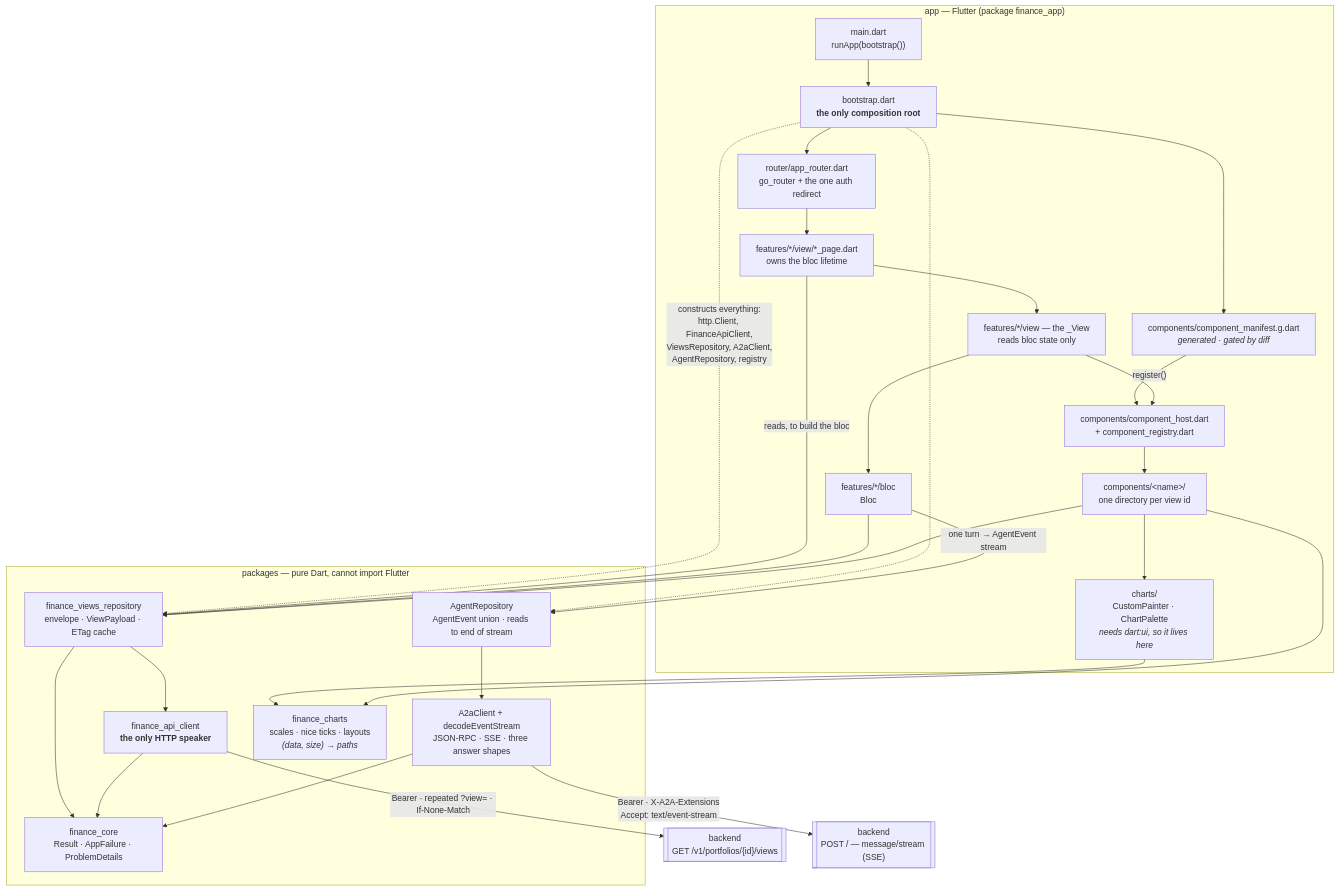
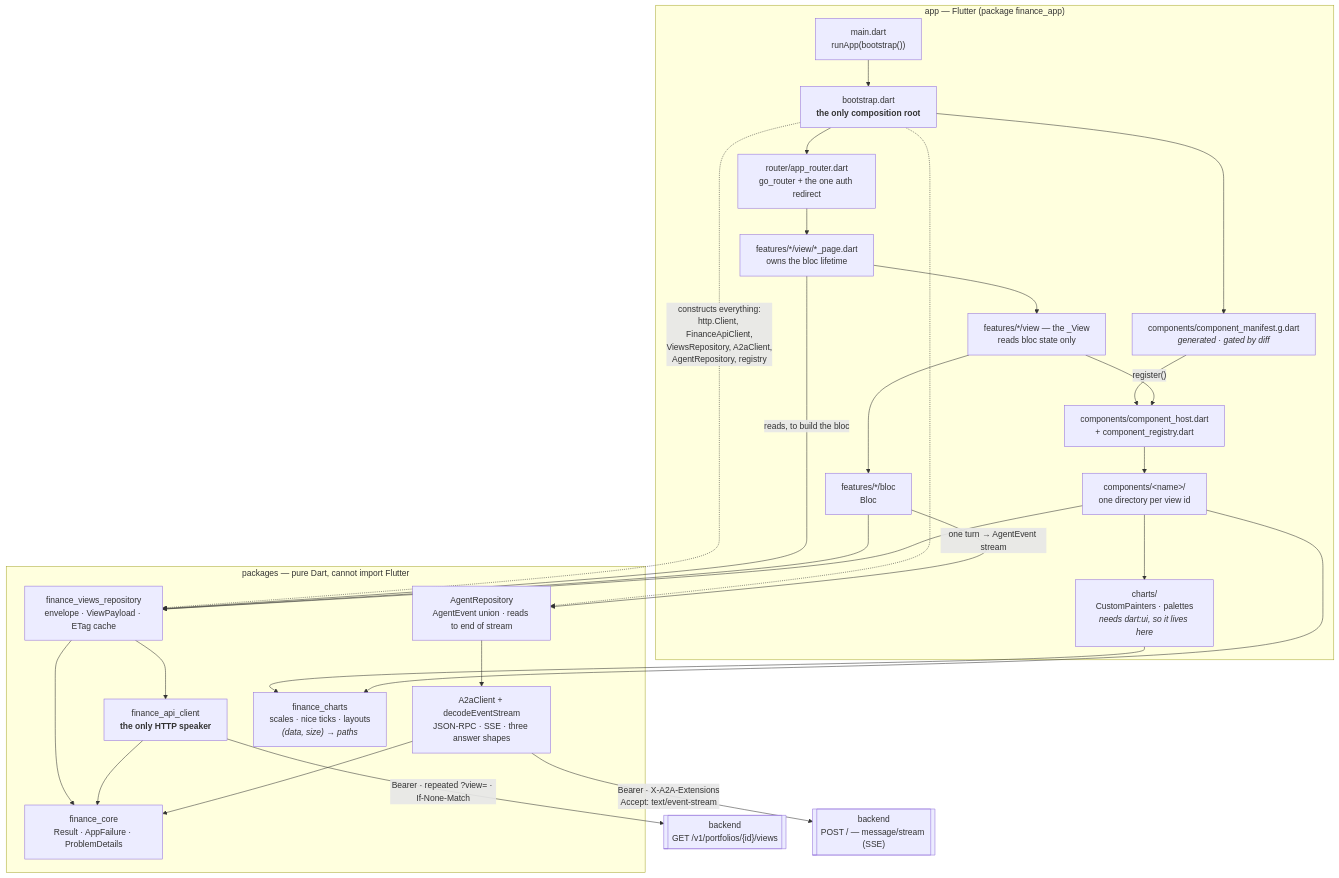
Before and after one commit to somnio-projects/finance-google-a2ui: the diagram in docs/diagrams/12-frontend-layers.md, drawn with Mermaid. The commit also changed 40 other files, not shown here.

````diff
--- a/docs/diagrams/12-frontend-layers.md
+++ b/docs/diagrams/12-frontend-layers.md
@@ -10,65 +10,65 @@
 ```mermaid
 graph TD
   subgraph app["app — Flutter (package finance_app)"]
     main["main.dart<br/>runApp(bootstrap())"]
     boot["bootstrap.dart<br/><b>the only composition root</b>"]
     router["router/app_router.dart<br/>go_router + the one auth redirect"]
     page["features/*/view/*_page.dart<br/>owns the bloc lifetime"]
     view["features/*/view — the _View<br/>reads bloc state only"]
     bloc["features/*/bloc<br/>Bloc"]
     host["components/component_host.dart<br/>+ component_registry.dart"]
     comp["components/&lt;name&gt;/<br/>one directory per view id"]
     manifest["components/component_manifest.g.dart<br/><i>generated · gated by diff</i>"]
-    charts["charts/<br/>CustomPainter · ChartPalette<br/><i>needs dart:ui, so it lives here</i>"]
+    charts["charts/<br/>CustomPainters · palettes<br/><i>needs dart:ui, so it lives here</i>"]
   end
 
   subgraph pure["packages — pure Dart, cannot import Flutter"]
     repo["finance_views_repository<br/>envelope · ViewPayload · ETag cache"]
     agentrepo["AgentRepository<br/>AgentEvent union · reads to end of stream"]
     api["finance_api_client<br/><b>the only HTTP speaker</b>"]
     a2a["A2aClient + decodeEventStream<br/>JSON-RPC · SSE · three answer shapes"]
     core["finance_core<br/>Result · AppFailure · ProblemDetails"]
     geom["finance_charts<br/>scales · nice ticks · layouts<br/><i>(data, size) → paths</i>"]
   end
 
   backend[["backend<br/>GET /v1/portfolios/{id}/views"]]
   agent[["backend<br/>POST / — message/stream (SSE)"]]
 
   main --> boot
   boot --> router
   boot -.->|"constructs everything:<br/>http.Client, FinanceApiClient,<br/>ViewsRepository, A2aClient,<br/>AgentRepository, registry"| repo
   boot -.-> agentrepo
   boot --> manifest
   manifest -->|"register()"| host
   router --> page
   page --> view
   page -->|"reads, to build the bloc"| repo
   view --> bloc
   view --> host
   host --> comp
   bloc --> repo
   bloc -->|"one turn → AgentEvent stream"| agentrepo
   agentrepo --> a2a
   a2a -->|"Bearer · X-A2A-Extensions<br/>Accept: text/event-stream"| agent
   repo --> api
   api -->|"Bearer · repeated ?view= · If-None-Match"| backend
   repo --> core
   api --> core
   a2a --> core
   comp --> repo
   comp --> charts
   charts --> geom
   comp --> geom
 
   %% Everything below this line is checked by layering_test.dart, not by review.
   %% FORBIDDEN, each with its own test:
   %%   bloc  -> api      (a bloc may not know HTTP exists)
   %%   view  -> repo     (only a *_page.dart may; the _View may not)
   %%   comp  -> features (a component that needs a bloc is a feature)
   %%   pure/ -> flutter  (also a compile error — that is the point of the workspace)
   %%   anything but boot constructing http.Client / FinanceApiClient /
   %%     ViewsRepository / A2aClient / AgentRepository
   %%   NumberFormat · intl · dart:math · toStringAsFixed · double.parse · DateTime.now()
   %%     — one exemption, by path: finance_views_repository/lib/src/raw_decimal.dart
   %%   finance_charts -> dart:ui  (which is why the painter is in app/, not here)
 ```
````
